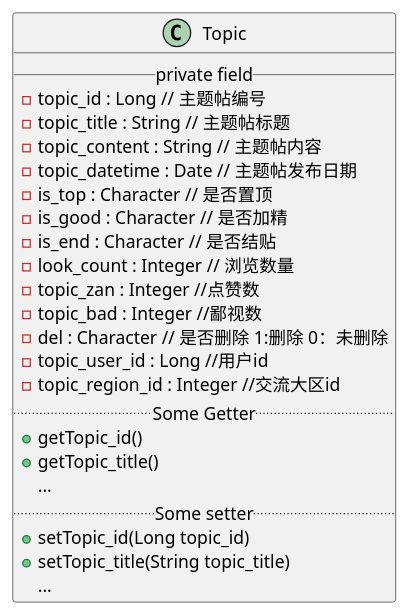
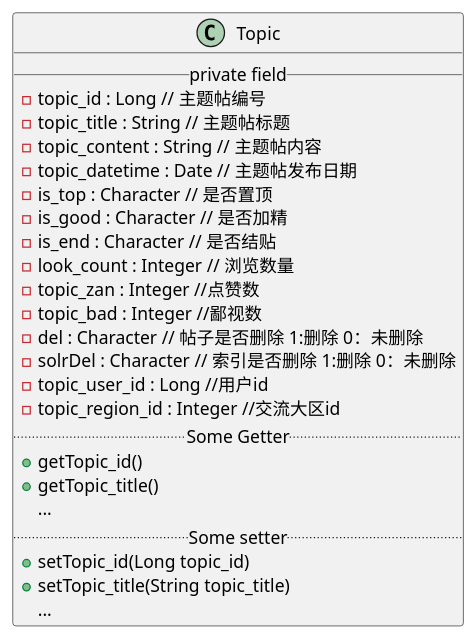
Before and after one commit to xiaokangxxs/notebook: diagram 19 of 31 in docs/UML/plantuml.md, drawn with PlantUML. The commit also changed other lines of this file and 3 other files, not shown here.

````diff
--- a/docs/UML/plantuml.md
+++ b/docs/UML/plantuml.md
@@ -364,30 +364,31 @@
 ```plantuml
 @startuml
 
 class Topic {
 __ private field __
  -topic_id : Long // 主题帖编号
  -topic_title : String // 主题帖标题
  -topic_content : String // 主题帖内容
  -topic_datetime : Date // 主题帖发布日期
  -is_top : Character // 是否置顶
  -is_good : Character // 是否加精
  -is_end : Character // 是否结贴
  -look_count : Integer // 浏览数量
  -topic_zan : Integer //点赞数
  -topic_bad : Integer //鄙视数
- -del : Character // 是否删除 1:删除 0：未删除
+ -del : Character // 帖子是否删除 1:删除 0：未删除
+ -solrDel : Character // 索引是否删除 1:删除 0：未删除
  -topic_user_id : Long //用户id
  -topic_region_id : Integer //交流大区id
 .. Some Getter ..
   + getTopic_id()
   + getTopic_title()
   ...
 .. Some setter ..
   + setTopic_id(Long topic_id)
   + setTopic_title(String topic_title)
   ...
 }
 
 @enduml
 ```
````
